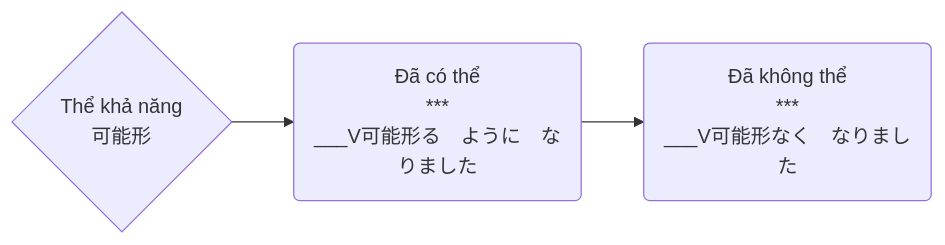
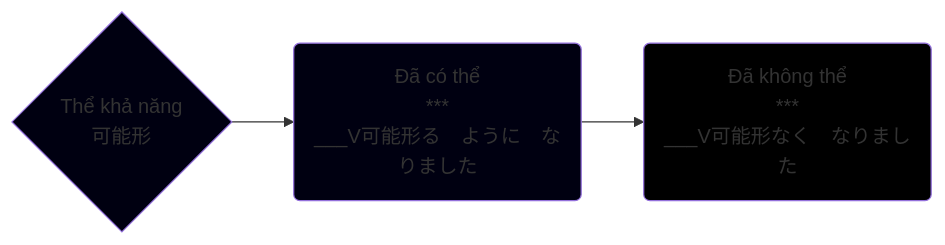
The diagram in The/可能形.md (tea1504/learn), drawn with Mermaid before and after one commit. The commit also changed 10 other files, not shown here.

````diff
--- a/The/可能形.md
+++ b/The/可能形.md
@@ -1,7 +1,11 @@
 ```mermaid
 graph LR;
     V{Thể khả năng\n可能形}
 
     V-->daCoThe(Đã có thể\n***\n___V可能形る　ように　なりました)
     daCoThe-->daKhongThe(Đã không thể\n***\n___V可能形なく　なりました)
+
+    style V fill:#001
+    style daCoThe fill:#001
+    style daKhongThe fill:#000
 ```
````
